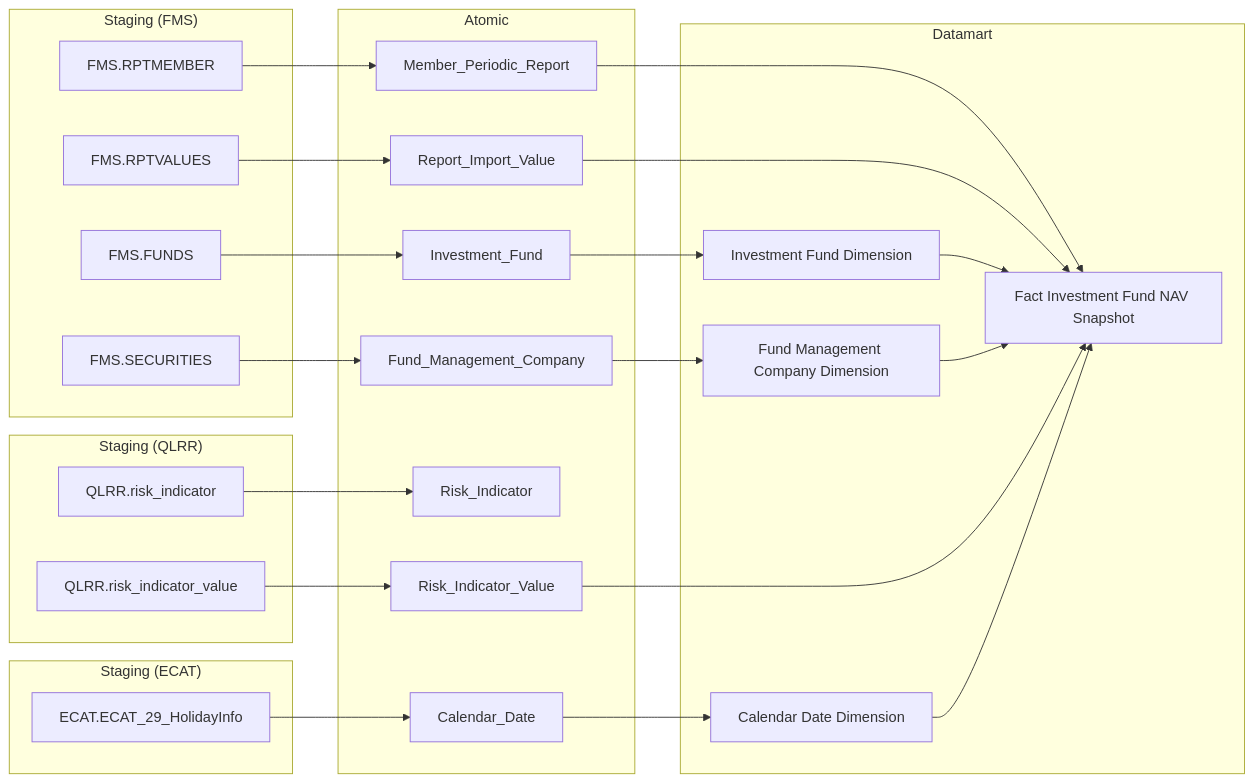
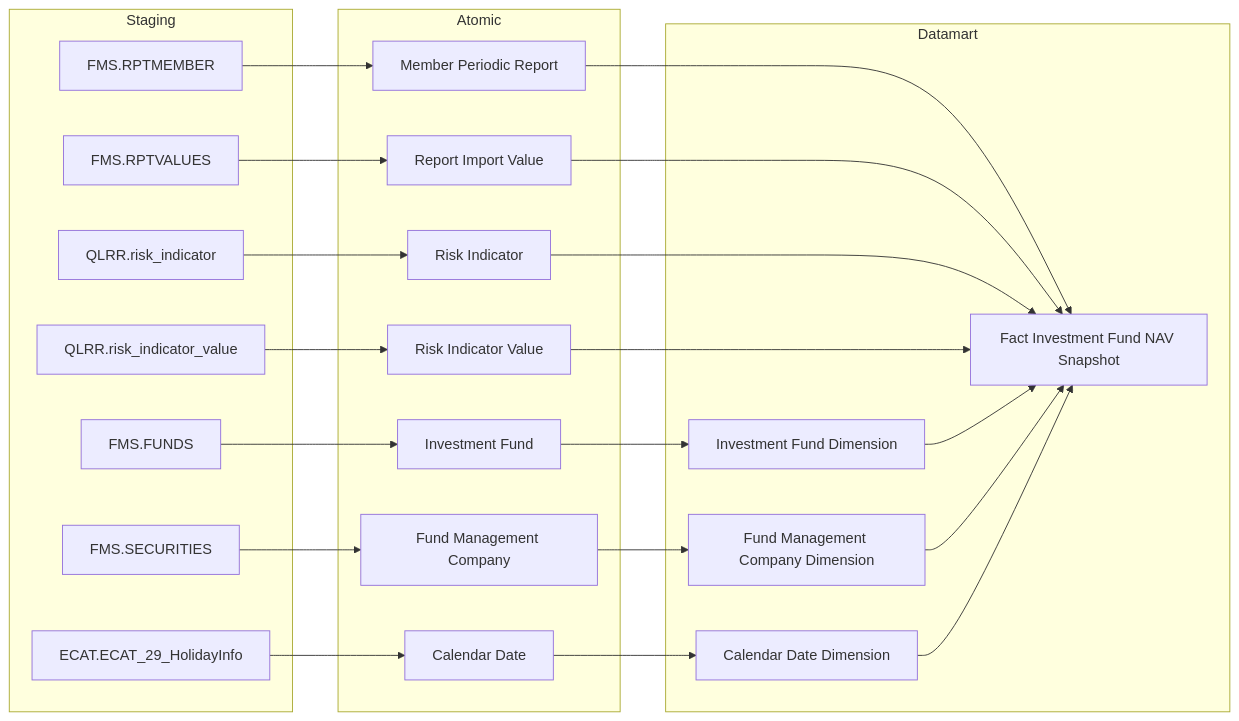
The sixth of 11 diagrams in docs/output/datamart/FMS/DTM_FMS_PTTK.md (linhlvit/ubck_atomic_design), drawn with Mermaid before and after one commit. The commit also changed other lines of this file and 34 other files, not shown here.

````diff
--- a/docs/output/datamart/FMS/DTM_FMS_PTTK.md
+++ b/docs/output/datamart/FMS/DTM_FMS_PTTK.md
@@ -190,47 +314,49 @@
 ```mermaid
 flowchart LR
-  subgraph Staging_FMS["Staging (FMS)"]
-    FMS_RPTMEMBER["FMS.RPTMEMBER"]
-    FMS_RPTVALUES["FMS.RPTVALUES"]
-    FMS_FUNDS["FMS.FUNDS"]
-    FMS_SECURITIES["FMS.SECURITIES"]
-  end
-  subgraph Staging_QLRR["Staging (QLRR)"]
-    QLRR_risk_indicator["QLRR.risk_indicator"]
-    QLRR_risk_indicator_value["QLRR.risk_indicator_value"]
-  end
-  subgraph Staging_ECAT["Staging (ECAT)"]
-    ECAT_ECAT_29_HolidayInfo["ECAT.ECAT_29_HolidayInfo"]
-  end
-  subgraph Atomic
-    Member_Periodic_Report
-    Report_Import_Value
-    Investment_Fund
-    Fund_Management_Company
-    Risk_Indicator
-    Risk_Indicator_Value
-    Calendar_Date
-  end
-  subgraph Datamart
-    fct_ivsm_fnd_nav_snpst["Fact Investment Fund NAV Snapshot"]
-    ivsm_fnd_dim["Investment Fund Dimension"]
-    fnd_mgt_co_dim["Fund Management Company Dimension"]
-    cdr_dt_dim["Calendar Date Dimension"]
-  end
-  FMS_RPTMEMBER --> Member_Periodic_Report
-  FMS_RPTVALUES --> Report_Import_Value
-  FMS_FUNDS --> Investment_Fund
-  FMS_SECURITIES --> Fund_Management_Company
-  QLRR_risk_indicator --> Risk_Indicator
-  QLRR_risk_indicator_value --> Risk_Indicator_Value
-  ECAT_ECAT_29_HolidayInfo --> Calendar_Date
-  Member_Periodic_Report --> fct_ivsm_fnd_nav_snpst
-  Report_Import_Value --> fct_ivsm_fnd_nav_snpst
-  Risk_Indicator_Value --> fct_ivsm_fnd_nav_snpst
-  Investment_Fund --> ivsm_fnd_dim
-  Fund_Management_Company --> fnd_mgt_co_dim
-  Calendar_Date --> cdr_dt_dim
-  ivsm_fnd_dim --> fct_ivsm_fnd_nav_snpst
-  fnd_mgt_co_dim --> fct_ivsm_fnd_nav_snpst
-  cdr_dt_dim --> fct_ivsm_fnd_nav_snpst
+    subgraph Staging
+        S1["FMS.RPTMEMBER"]
+        S2["FMS.RPTVALUES"]
+        S3["FMS.FUNDS"]
+        S4["FMS.SECURITIES"]
+        S5["QLRR.risk_indicator"]
+        S6["QLRR.risk_indicator_value"]
+        SE1["ECAT.ECAT_29_HolidayInfo"]
+    end
+
+    subgraph Atomic
+        SV1["Member Periodic Report"]
+        SV2["Report Import Value"]
+        SV3["Investment Fund"]
+        SV4["Fund Management Company"]
+        SV5["Risk Indicator"]
+        SV6["Risk Indicator Value"]
+        SV7["Calendar Date"]
+    end
+
+    subgraph Datamart
+        G1["Fact Investment Fund NAV Snapshot"]
+        G2["Investment Fund Dimension"]
+        G3["Fund Management Company Dimension"]
+        G4["Calendar Date Dimension"]
+    end
+
+    S1 --> SV1
+    S2 --> SV2
+    S3 --> SV3
+    S4 --> SV4
+    S5 --> SV5
+    S6 --> SV6
+    SE1 --> SV7
+
+    SV1 --> G1
+    SV2 --> G1
+    SV5 --> G1
+    SV6 --> G1
+    SV3 --> G2
+    SV4 --> G3
+    SV7 --> G4
+
+    G2 --> G1
+    G3 --> G1
+    G4 --> G1
 ```
````
